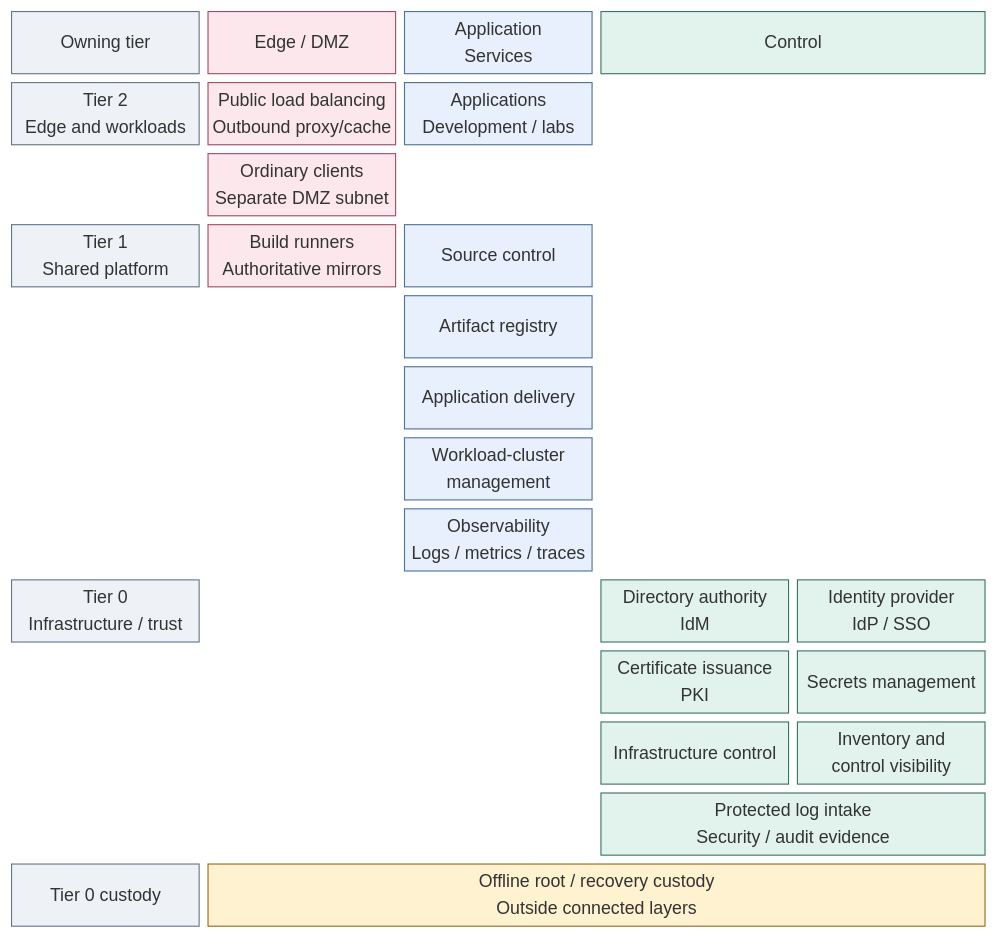
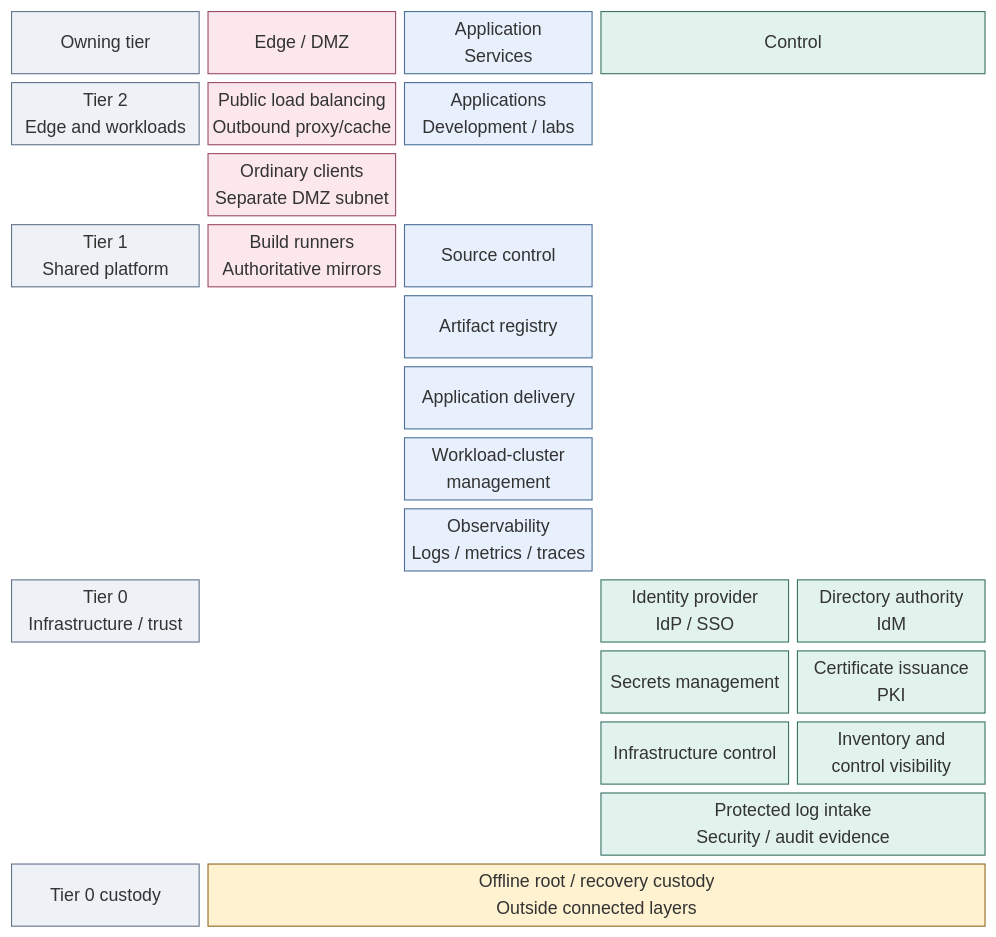
One commit to Rexus/homelab changed the first of 3 diagrams in docs/architecture/README.md. Above: the diagram before and after it, drawn with Mermaid. The commit also changed 89 other files, not shown here.

Commit message:
docs(deployment): align capability stages and diagrams

````diff
--- a/docs/architecture/README.md
+++ b/docs/architecture/README.md
@@ -56,36 +56,36 @@
 ```mermaid
 block-beta
   columns 5
   Ownership["Owning tier"] Edge["Edge / DMZ"] Application["Application<br/>Services"] Control["Control"]:2
   T2["Tier 2<br/>Edge and workloads"]
   PublicEdge["Public load balancing<br/>Outbound proxy/cache"]
   Workloads["Applications<br/>Development / labs"]
   space:2
   space Clients["Ordinary clients<br/>Separate DMZ subnet"] space:3
   T1["Tier 1<br/>Shared platform"]
   Publication["Build runners<br/>Authoritative mirrors"]
   Source["Source control"] space:2
   space:2 Artifacts["Artifact registry"] space:2
   space:2 Delivery["Application delivery"] space:2
   space:2 WorkloadManagement["Workload-cluster<br/>management"] space:2
   space:2 Analytics["Observability<br/>Logs / metrics / traces"] space:2
   T0["Tier 0<br/>Infrastructure / trust"]
   space:2
-  IdM["Directory authority<br/>IdM"] IdP["Identity provider<br/>IdP / SSO"]
-  space:3 PKI["Certificate issuance<br/>PKI"] Secrets["Secrets management"]
+  IdP["Identity provider<br/>IdP / SSO"] IdM["Directory authority<br/>IdM"]
+  space:3 Secrets["Secrets management"] PKI["Certificate issuance<br/>PKI"]
   space:3 Infrastructure["Infrastructure control"] Operations["Inventory and<br/>control visibility"]
   space:3 Evidence["Protected log intake<br/>Security / audit evidence"]:2
   Custodians["Tier 0 custody"]
   Offline["Offline root / recovery custody<br/>Outside connected layers"]:4
   classDef default fill:#f8fafc,stroke:#64748b,color:#1f2937
   classDef boundary fill:#eef2f6,stroke:#64748b,color:#1f2937
   classDef edge fill:#fce8ec,stroke:#9b4d67,color:#502638
   classDef services fill:#e7f0fc,stroke:#4d719b,color:#203a5b
   classDef control fill:#e2f3ed,stroke:#397366,color:#173f36
   classDef custody fill:#fff2d1,stroke:#926820,color:#584013
   class Ownership,T2,T1,T0,Custodians boundary
   class Edge,PublicEdge,Clients,Publication edge
   class Application,Workloads,Source,Artifacts,Delivery,WorkloadManagement,Analytics services
   class Control,IdM,IdP,PKI,Secrets,Infrastructure,Operations,Evidence control
   class Offline custody
 ```
````
